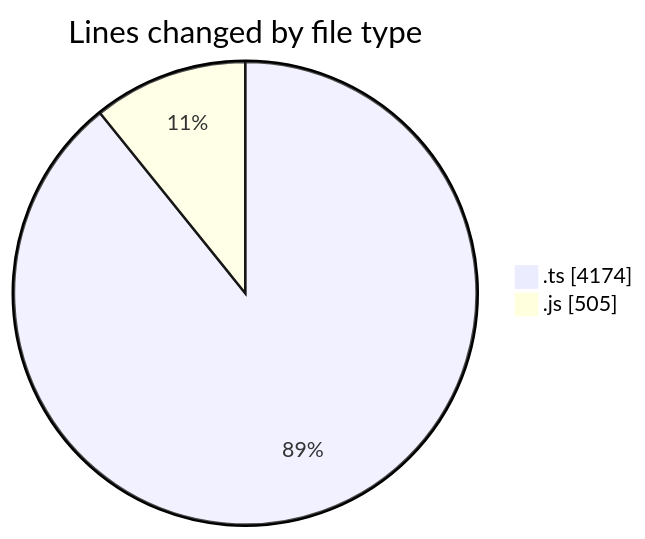
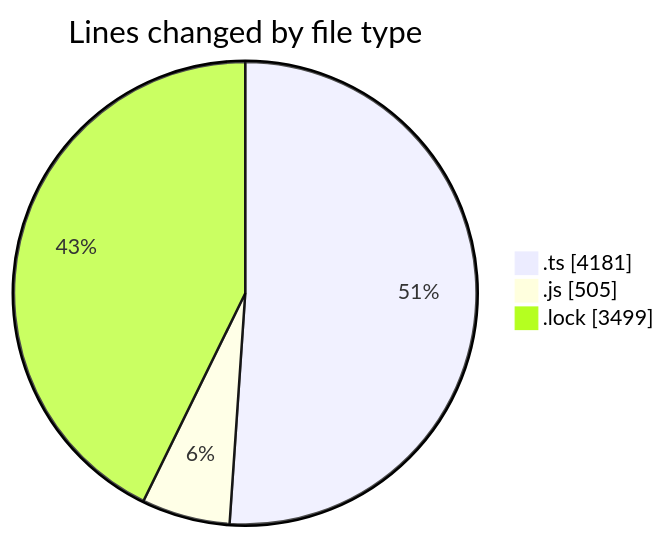
One commit to momahboobian/code-tracking changed the first of 2 diagrams in 2025-05-20/cda/README.md. Above: the diagram before and after it, drawn with Mermaid. The commit also changed other lines of this file and 1 other file, not shown here.

````diff
--- a/2025-05-20/cda/README.md
+++ b/2025-05-20/cda/README.md
@@ -26,6 +27,7 @@
 ```mermaid
 pie showData
 title Lines changed by file type
-".ts" : 4174
+".ts" : 4181
 ".js" : 505
+".lock" : 3499
 ```
````
